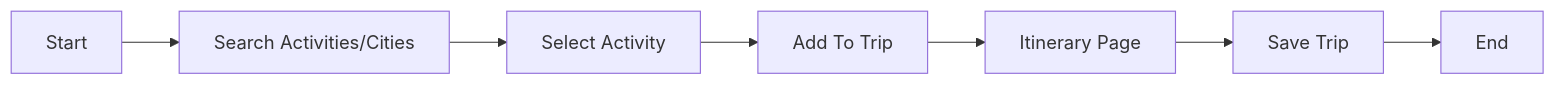
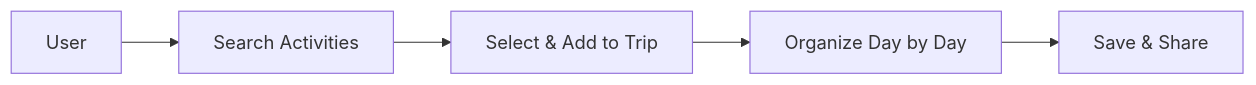
Before and after one commit to Yugenjr/OdooxKAHE: the second of 2 diagrams in README.md, drawn with Mermaid. The commit also changed other lines of this file and 4 other files, not shown here.

````diff
--- a/README.md
+++ b/README.md
@@ -22,9 +43,7 @@
 ```mermaid
 flowchart LR
-  Start[Start] --> Search[Search Activities/Cities]
-  Search --> Select[Select Activity]
-  Select --> Add[Add To Trip]
-  Add --> Itinerary[Itinerary Page]
-  Itinerary --> Save[Save Trip]
-  Save --> End[End]
+  A[User] --> B[Search Activities]
+  B --> C[Select & Add to Trip]
+  C --> D[Organize Day by Day]
+  D --> E[Save & Share]
 ```
````
